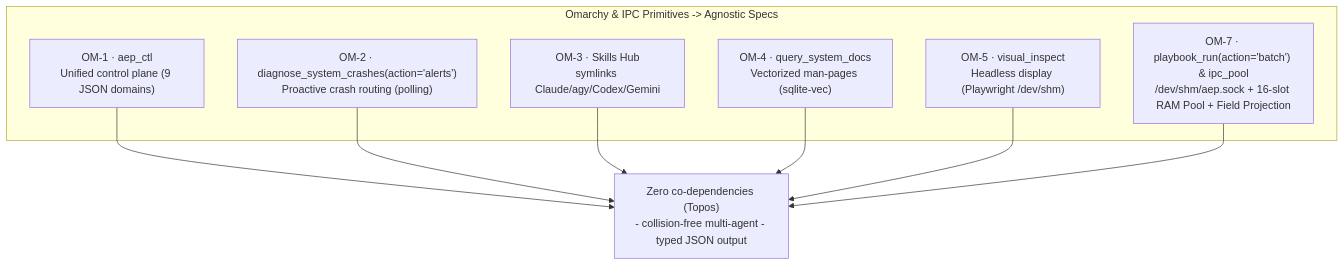
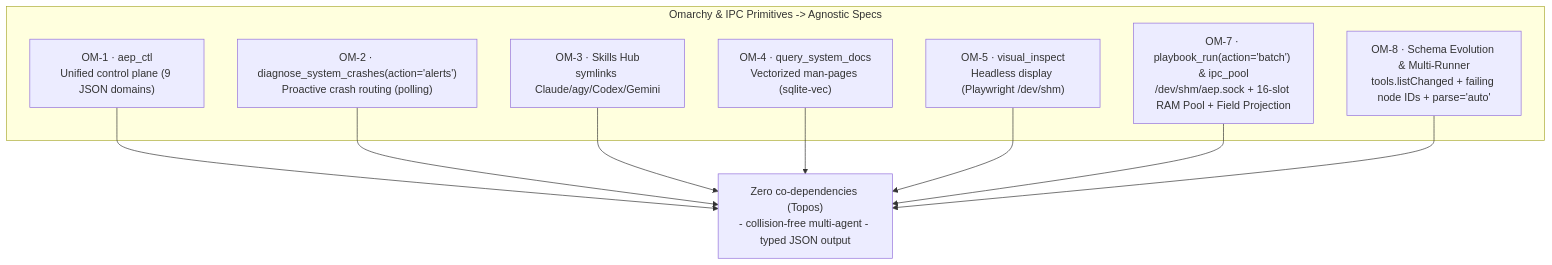
Before and after one commit to ancrz/agent-execution-plane: the tenth of 16 diagrams in README.md, drawn with Mermaid. The commit also changed other lines of this file and 7 other files, not shown here.

````diff
--- a/README.md
+++ b/README.md
@@ -608,12 +608,13 @@
 ```mermaid
 flowchart TD
     subgraph OM["Omarchy & IPC Primitives -> Agnostic Specs"]
         S1["OM-1 · aep_ctl<br/>Unified control plane (9 JSON domains)"]
         S2["OM-2 · diagnose_system_crashes(action='alerts')<br/>Proactive crash routing (polling)"]
         S3["OM-3 · Skills Hub<br/>symlinks Claude/agy/Codex/Gemini"]
         S4["OM-4 · query_system_docs<br/>Vectorized man-pages (sqlite-vec)"]
         S5["OM-5 · visual_inspect<br/>Headless display (Playwright /dev/shm)"]
         S7["OM-7 · playbook_run(action='batch') & ipc_pool<br/>/dev/shm/aep.sock + 16-slot RAM Pool + Field Projection"]
+        S8["OM-8 · Schema Evolution & Multi-Runner<br/>tools.listChanged + failing node IDs + parse='auto'"]
     end
-    S1 & S2 & S3 & S4 & S5 & S7 --> V["Zero co-dependencies (Topos)<br/>- collision-free multi-agent - typed JSON output"]
+    S1 & S2 & S3 & S4 & S5 & S7 & S8 --> V["Zero co-dependencies (Topos)<br/>- collision-free multi-agent - typed JSON output"]
 ```
````
